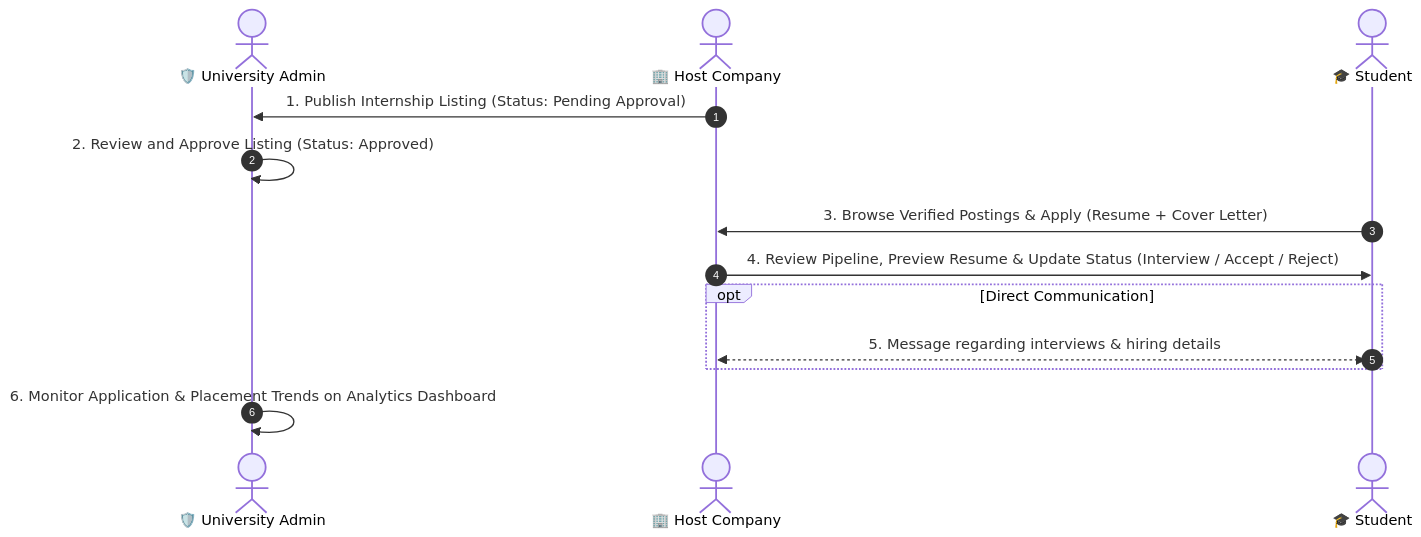
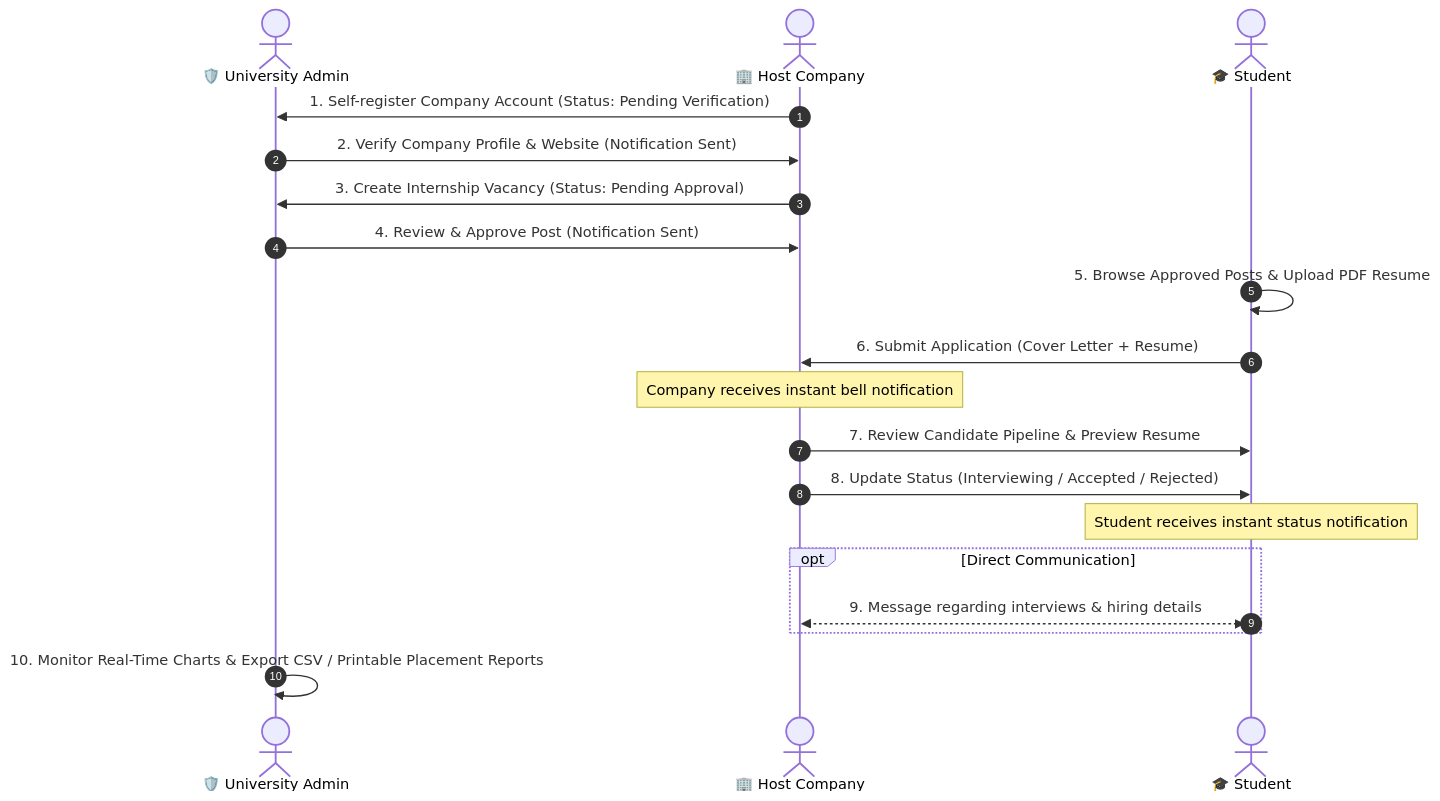
The second of 2 diagrams in README.md (thonpheara/InternshipMS), drawn with Mermaid before and after one commit. The commit also changed other lines of this file and 1 other file, not shown here.

````diff
--- a/README.md
+++ b/README.md
@@ -112,16 +156,22 @@
 ```mermaid
 sequenceDiagram
     autonumber
     actor Admin as 🛡️ University Admin
     actor Company as 🏢 Host Company
     actor Student as 🎓 Student
 
-    Company->>Admin: 1. Publish Internship Listing (Status: Pending Approval)
-    Admin->>Admin: 2. Review and Approve Listing (Status: Approved)
-    Student->>Company: 3. Browse Verified Postings & Apply (Resume + Cover Letter)
-    Company->>Student: 4. Review Pipeline, Preview Resume & Update Status (Interview / Accept / Reject)
+    Company->>Admin: 1. Self-register Company Account (Status: Pending Verification)
+    Admin->>Company: 2. Verify Company Profile & Website (Notification Sent)
+    Company->>Admin: 3. Create Internship Vacancy (Status: Pending Approval)
+    Admin->>Company: 4. Review & Approve Post (Notification Sent)
+    Student->>Student: 5. Browse Approved Posts & Upload PDF Resume
+    Student->>Company: 6. Submit Application (Cover Letter + Resume)
+    Note over Company: Company receives instant bell notification
+    Company->>Student: 7. Review Candidate Pipeline & Preview Resume
+    Company->>Student: 8. Update Status (Interviewing / Accepted / Rejected)
+    Note over Student: Student receives instant status notification
     opt Direct Communication
-        Student<<-->>Company: 5. Message regarding interviews & hiring details
+        Student<<-->>Company: 9. Message regarding interviews & hiring details
     end
-    Admin->>Admin: 6. Monitor Application & Placement Trends on Analytics Dashboard
+    Admin->>Admin: 10. Monitor Real-Time Charts & Export CSV / Printable Placement Reports
 ```
````
